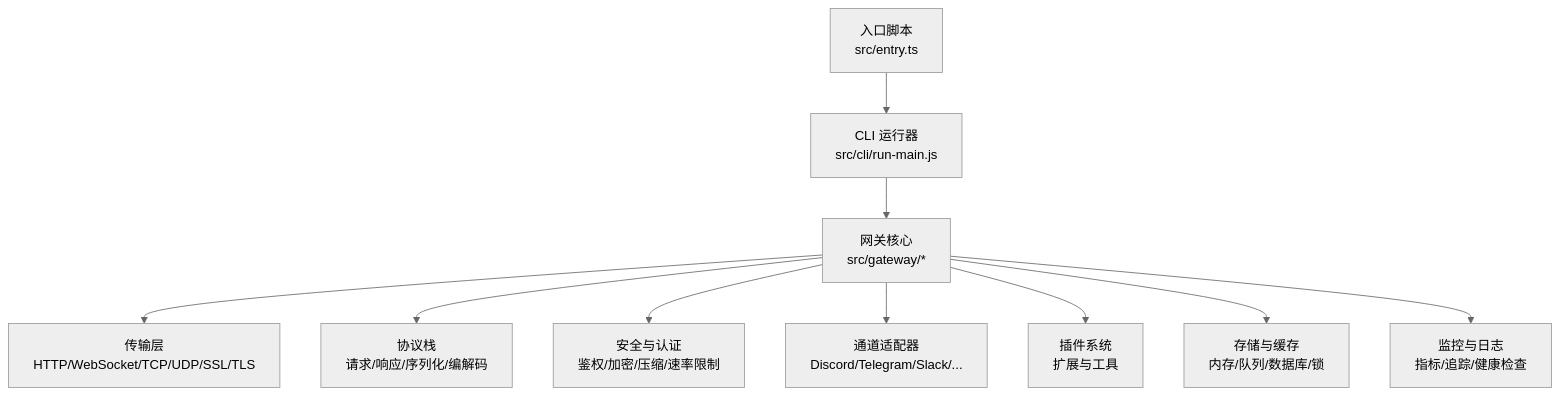
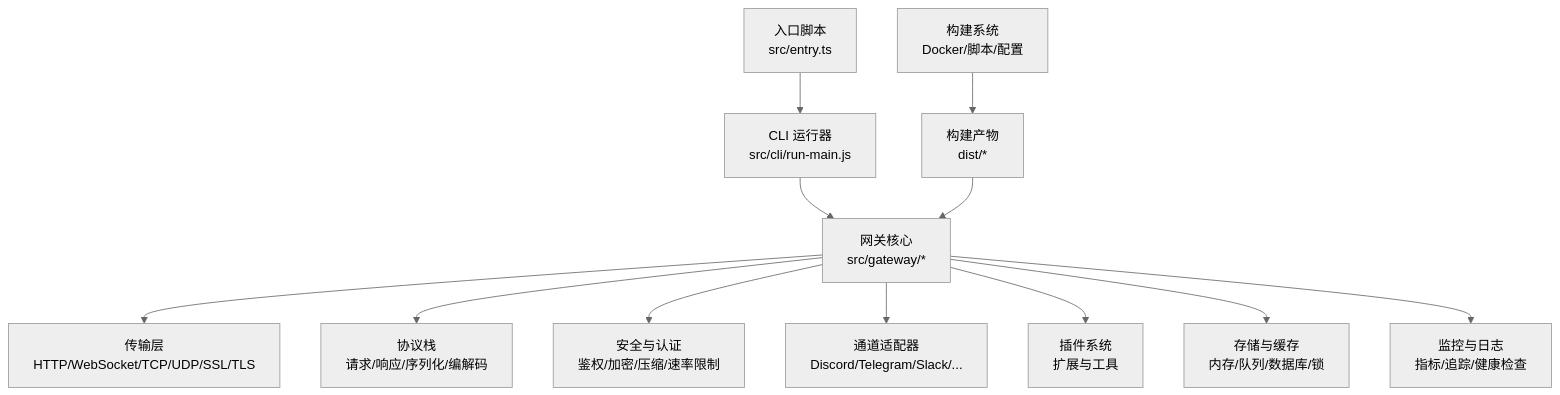
Before and after one commit to verse-ai-org/openclaw: the first of 10 diagrams in .qoder/repowiki/zh/content/网关服务器/网关服务器增强.md, drawn with Mermaid (neutral theme). The commit also changed other lines of this file and 14 other files, not shown here.

````diff
--- a/.qoder/repowiki/zh/content/网关服务器/网关服务器增强.md
+++ b/.qoder/repowiki/zh/content/网关服务器/网关服务器增强.md
@@ -491,12 +513,14 @@
 ```mermaid
 graph TB
 Entry["入口脚本<br/>src/entry.ts"] --> CLI["CLI 运行器<br/>src/cli/run-main.js"]
 CLI --> Gateway["网关核心<br/>src/gateway/*"]
 Gateway --> Transport["传输层<br/>HTTP/WebSocket/TCP/UDP/SSL/TLS"]
 Gateway --> Protocol["协议栈<br/>请求/响应/序列化/编解码"]
 Gateway --> Security["安全与认证<br/>鉴权/加密/压缩/速率限制"]
 Gateway --> Channel["通道适配器<br/>Discord/Telegram/Slack/..."]
 Gateway --> Plugins["插件系统<br/>扩展与工具"]
 Gateway --> Storage["存储与缓存<br/>内存/队列/数据库/锁"]
 Gateway --> Monitor["监控与日志<br/>指标/追踪/健康检查"]
+BuildSystem["构建系统<br/>Docker/脚本/配置"] --> Dist["构建产物<br/>dist/*"]
+Dist --> Gateway
 ```
````
